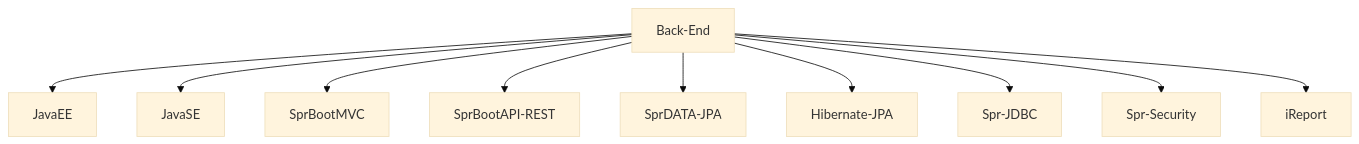
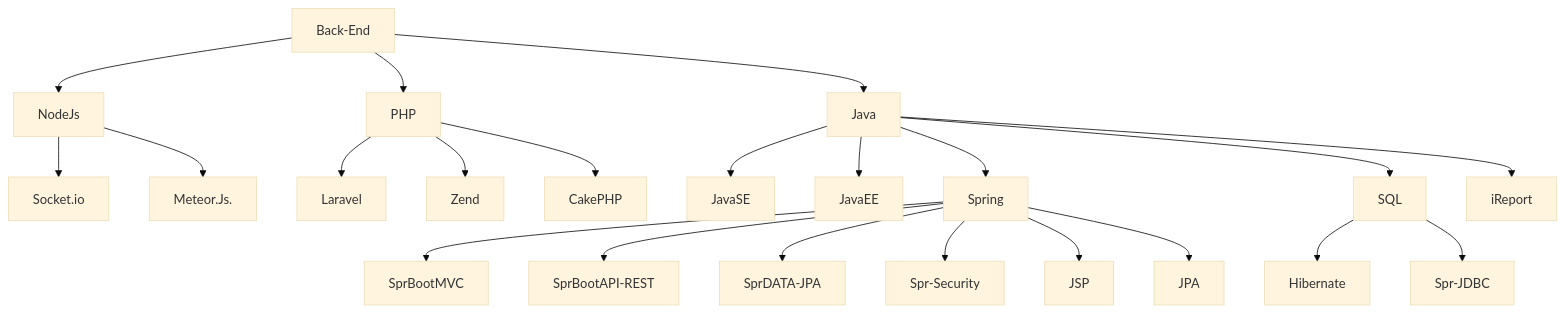
The second of 2 diagrams in README.md (Maxnegrao33/Maxnegrao33), drawn with Mermaid (base theme) before and after one commit. The commit also changed other lines of this file, not shown here.

````diff
--- a/README.md
+++ b/README.md
@@ -138,12 +161,25 @@
 ```mermaid
 graph TD;
-    Back-End-->JavaEE;
-    Back-End-->JavaSE;
-    Back-End-->SprBootMVC;
-    Back-End-->SprBootAPI-REST;
-    Back-End-->SprDATA-JPA;
-    Back-End-->Hibernate-JPA;
-    Back-End-->Spr-JDBC;
-    Back-End-->Spr-Security;
-    Back-End-->iReport;   
+    Back-End-->Java;
+    Back-End-->NodeJs;
+    NodeJs-->Socket.io;
+    NodeJs-->Meteor.Js.
+    Back-End-->PHP;
+    PHP-->Laravel;
+    PHP-->Zend;
+    PHP-->CakePHP;
+    Java-->JavaSE;
+    Java-->JavaEE;
+    Java-->Spring;
+    Java-->SQL;
+    
+    Spring-->SprBootMVC;
+    Spring-->SprBootAPI-REST;
+    Spring-->SprDATA-JPA;
+    SQL-->Hibernate;
+    SQL-->Spr-JDBC;
+    Spring-->Spr-Security;
+    Spring-->JSP;
+    Spring-->JPA;
+    Java-->iReport;   
    ```
````
